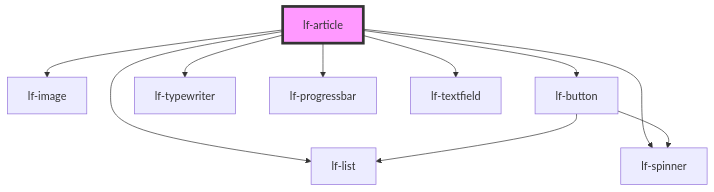
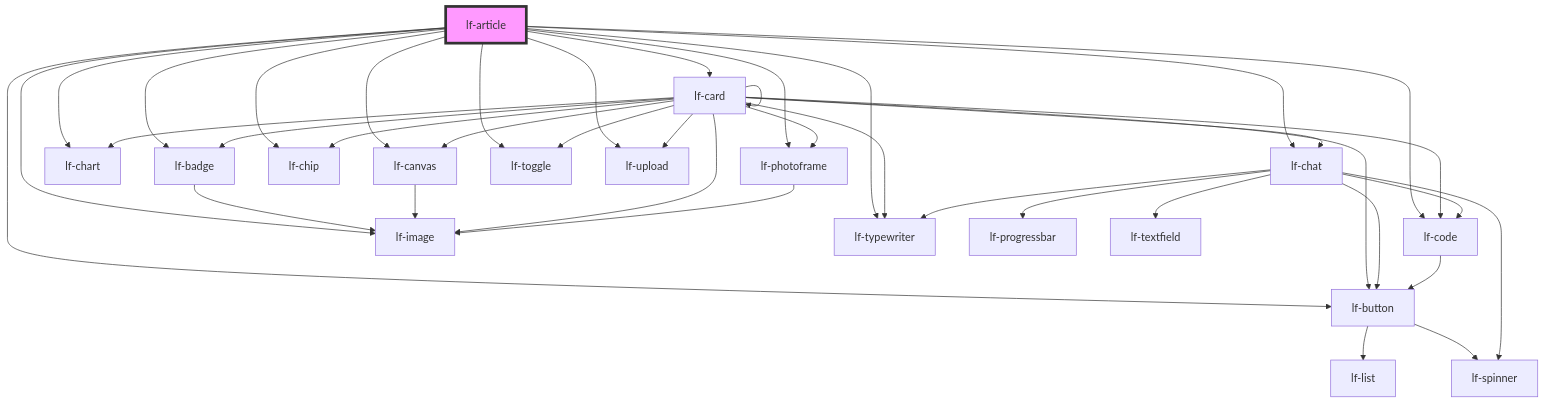
The diagram in packages/core/src/components/lf-article/readme.md (lucafoscili/lf-widgets), drawn with Mermaid before and after one commit. The commit also changed other lines of this file and 68 other files, not shown here.

````diff
--- a/packages/core/src/components/lf-article/readme.md
+++ b/packages/core/src/components/lf-article/readme.md
@@ -129,13 +135,42 @@
 ```mermaid
 graph TD;
-  lf-article --> lf-list
-  lf-article --> lf-spinner
+  lf-article --> lf-badge
+  lf-article --> lf-button
+  lf-article --> lf-canvas
+  lf-article --> lf-card
+  lf-article --> lf-chart
+  lf-article --> lf-chat
+  lf-article --> lf-chip
+  lf-article --> lf-code
   lf-article --> lf-image
-  lf-article --> lf-button
+  lf-article --> lf-photoframe
+  lf-article --> lf-toggle
   lf-article --> lf-typewriter
-  lf-article --> lf-progressbar
-  lf-article --> lf-textfield
+  lf-article --> lf-upload
+  lf-badge --> lf-image
   lf-button --> lf-list
   lf-button --> lf-spinner
+  lf-canvas --> lf-image
+  lf-card --> lf-badge
+  lf-card --> lf-button
+  lf-card --> lf-canvas
+  lf-card --> lf-card
+  lf-card --> lf-chart
+  lf-card --> lf-chat
+  lf-card --> lf-chip
+  lf-card --> lf-code
+  lf-card --> lf-image
+  lf-card --> lf-photoframe
+  lf-card --> lf-toggle
+  lf-card --> lf-typewriter
+  lf-card --> lf-upload
+  lf-chat --> lf-spinner
+  lf-chat --> lf-code
+  lf-chat --> lf-button
+  lf-chat --> lf-typewriter
+  lf-chat --> lf-progressbar
+  lf-chat --> lf-textfield
+  lf-code --> lf-button
+  lf-photoframe --> lf-image
   style lf-article fill:#f9f,stroke:#333,stroke-width:4px
 ```
````
